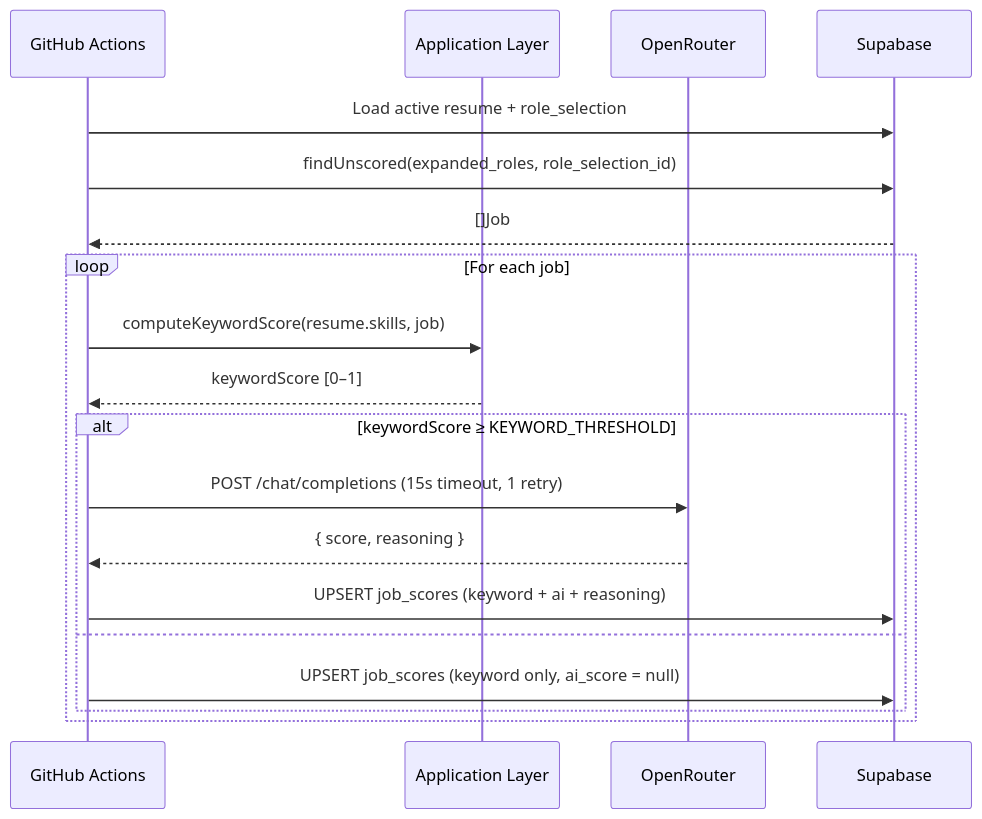
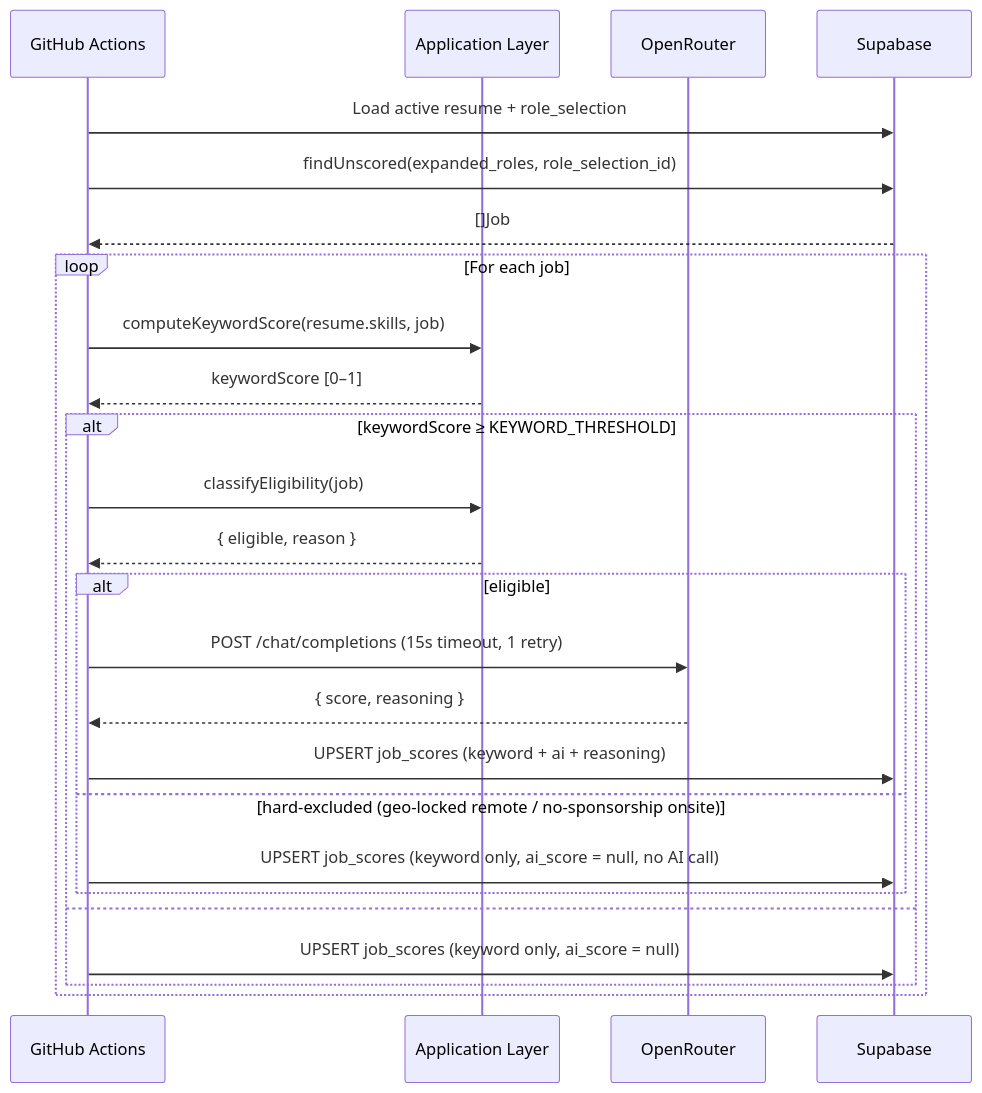
One commit to sahidhh/job-scraper changed the third of 5 diagrams in design/technical-design.md. Above: the diagram before and after it, drawn with Mermaid. The commit also changed other lines of this file and 14 other files, not shown here.

````diff
--- a/design/technical-design.md
+++ b/design/technical-design.md
@@ -88,22 +88,28 @@
 ```mermaid
 sequenceDiagram
     participant GHA as GitHub Actions
     participant APP as Application Layer
     participant OR as OpenRouter
     participant DB as Supabase
 
     GHA->>DB: Load active resume + role_selection
     GHA->>DB: findUnscored(expanded_roles, role_selection_id)
     DB-->>GHA: []Job
     loop For each job
         GHA->>APP: computeKeywordScore(resume.skills, job)
         APP-->>GHA: keywordScore [0–1]
         alt keywordScore ≥ KEYWORD_THRESHOLD
-            GHA->>OR: POST /chat/completions (15s timeout, 1 retry)
-            OR-->>GHA: { score, reasoning }
-            GHA->>DB: UPSERT job_scores (keyword + ai + reasoning)
+            GHA->>APP: classifyEligibility(job)
+            APP-->>GHA: { eligible, reason }
+            alt eligible
+                GHA->>OR: POST /chat/completions (15s timeout, 1 retry)
+                OR-->>GHA: { score, reasoning }
+                GHA->>DB: UPSERT job_scores (keyword + ai + reasoning)
+            else hard-excluded (geo-locked remote / no-sponsorship onsite)
+                GHA->>DB: UPSERT job_scores (keyword only, ai_score = null, no AI call)
+            end
         else
             GHA->>DB: UPSERT job_scores (keyword only, ai_score = null)
         end
     end
 ```
````
